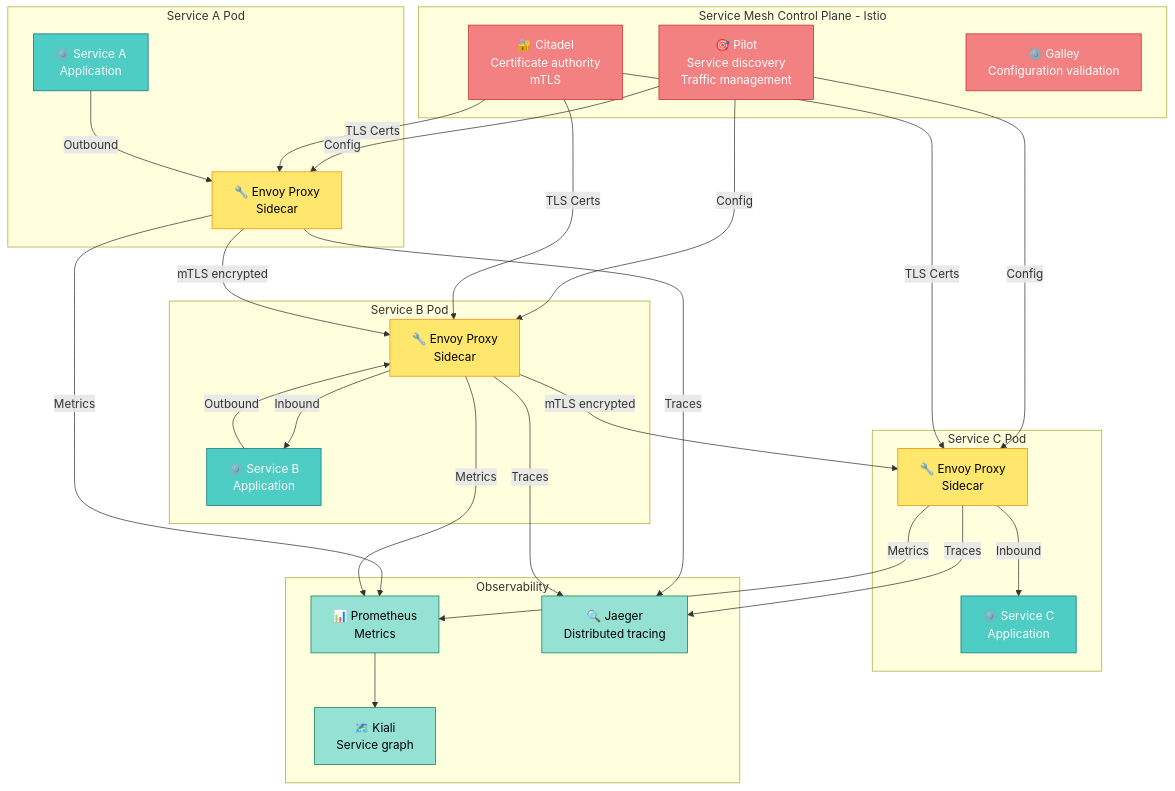
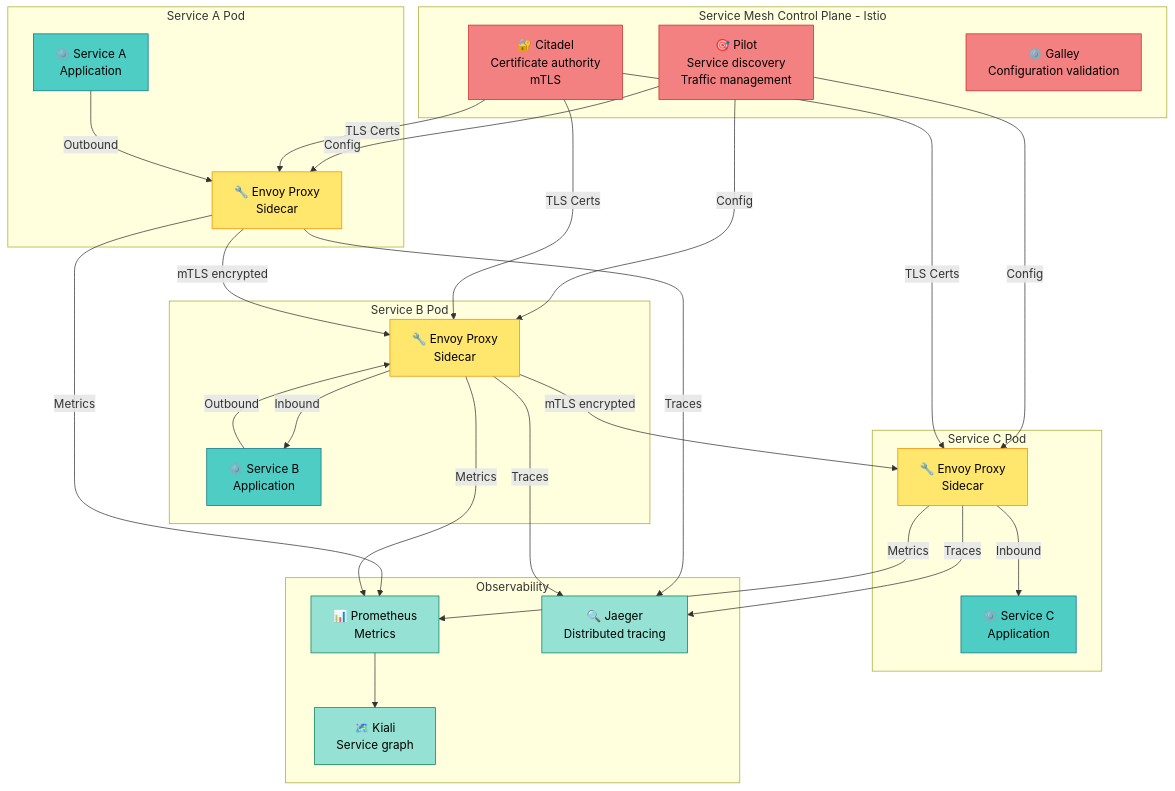
Before and after one commit to wienans/example-repo: the eighth of 15 diagrams in .agents/skills/mermaid-architect/references/guides/diagrams/architecture-diagrams.md, drawn with Mermaid. The commit also changed other lines of this file and 58 other files, not shown here.

First line of the commit message:
feat(skills): merge mastery-of-mermaid into mermaid-architect

````diff
--- a/.agents/skills/mermaid-architect/references/guides/diagrams/architecture-diagrams.md
+++ b/.agents/skills/mermaid-architect/references/guides/diagrams/architecture-diagrams.md
@@ -608,65 +608,65 @@
 ```mermaid
 graph TB
     subgraph "Service Mesh Control Plane - Istio"
         Pilot[🎯 Pilot<br/>Service discovery<br/>Traffic management]
         Citadel[🔐 Citadel<br/>Certificate authority<br/>mTLS]
         Galley[⚙️ Galley<br/>Configuration validation]
     end
 
     subgraph "Service A Pod"
         ServiceA[⚙️ Service A<br/>Application]
         EnvoyA[🔧 Envoy Proxy<br/>Sidecar]
     end
 
     subgraph "Service B Pod"
         ServiceB[⚙️ Service B<br/>Application]
         EnvoyB[🔧 Envoy Proxy<br/>Sidecar]
     end
 
     subgraph "Service C Pod"
         ServiceC[⚙️ Service C<br/>Application]
         EnvoyC[🔧 Envoy Proxy<br/>Sidecar]
     end
 
     subgraph "Observability"
         Prometheus[📊 Prometheus<br/>Metrics]
         Jaeger[🔍 Jaeger<br/>Distributed tracing]
         Kiali[🗺️ Kiali<br/>Service graph]
     end
 
     Pilot -->|Config| EnvoyA
     Pilot -->|Config| EnvoyB
     Pilot -->|Config| EnvoyC
 
     Citadel -->|TLS Certs| EnvoyA
     Citadel -->|TLS Certs| EnvoyB
     Citadel -->|TLS Certs| EnvoyC
 
     ServiceA -->|Outbound| EnvoyA
     EnvoyA -->|mTLS encrypted| EnvoyB
     EnvoyB -->|Inbound| ServiceB
 
     ServiceB -->|Outbound| EnvoyB
     EnvoyB -->|mTLS encrypted| EnvoyC
     EnvoyC -->|Inbound| ServiceC
 
     EnvoyA -->|Metrics| Prometheus
     EnvoyB -->|Metrics| Prometheus
     EnvoyC -->|Metrics| Prometheus
 
     EnvoyA -->|Traces| Jaeger
     EnvoyB -->|Traces| Jaeger
     EnvoyC -->|Traces| Jaeger
 
     Prometheus --> Kiali
 
-    classDef controlplane fill:#F38181,stroke:#C92A2A,color:#fff
-    classDef service fill:#4ECDC4,stroke:#0B7285,color:#fff
+    classDef controlplane fill:#F38181,stroke:#C92A2A,color:#000
+    classDef service fill:#4ECDC4,stroke:#0B7285,color:#000
     classDef proxy fill:#FFE66D,stroke:#F08C00,color:#000
     classDef observability fill:#95E1D3,stroke:#087F5B,color:#000
 
     class Pilot,Citadel,Galley controlplane
     class ServiceA,ServiceB,ServiceC service
     class EnvoyA,EnvoyB,EnvoyC proxy
     class Prometheus,Jaeger,Kiali observability
 ```
````
